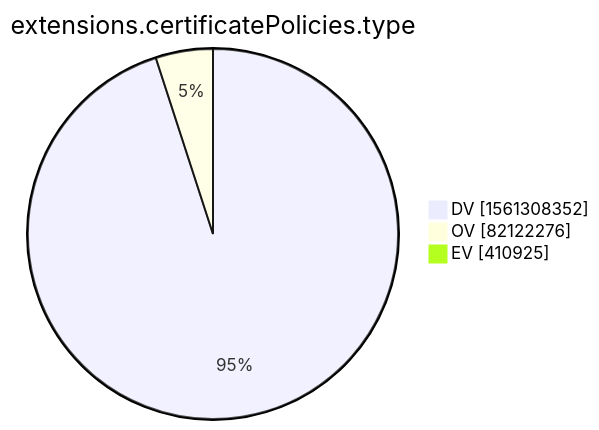
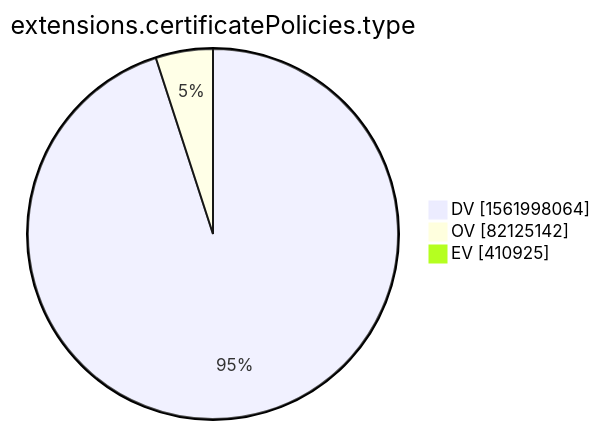
The tenth of 15 diagrams in xenon2022/README.md (christiankrug/ctmonitor_visualization), drawn with Mermaid before and after one commit. The commit also changed other lines of this file, not shown here.

````diff
--- a/xenon2022/README.md
+++ b/xenon2022/README.md
@@ -2876,7 +2876,7 @@
 ```mermaid
 pie showData
 title extensions.certificatePolicies.type
-"DV" :1561308352
-"OV" :82122276
+"DV" :1561998064
+"OV" :82125142
 "EV" :410925
 ```
````
